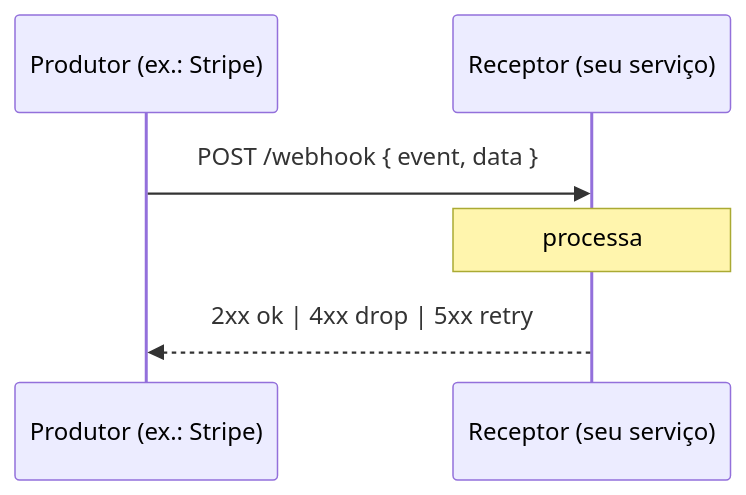
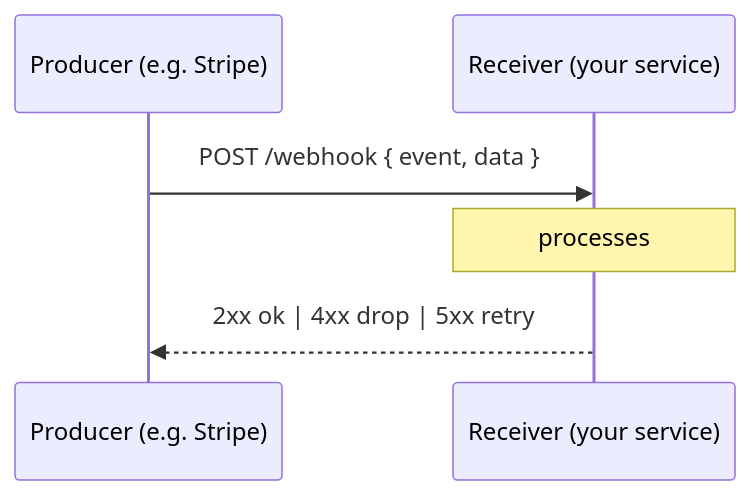
One commit to apolzek/tryharding-studies changed the diagram in content/036/README.md. Above: the diagram before and after it, drawn with Mermaid. The commit also changed other lines of this file and 47 other files, not shown here.

````diff
--- a/content/036/README.md
+++ b/content/036/README.md
@@ -53,8 +59,8 @@
   ```mermaid
   sequenceDiagram
-      participant P as Produtor (ex.: Stripe)
-      participant R as Receptor (seu serviço)
+      participant P as Producer (e.g. Stripe)
+      participant R as Receiver (your service)
       P->>R: POST /webhook { event, data }
-      Note over R: processa
+      Note over R: processes
       R-->>P: 2xx ok | 4xx drop | 5xx retry
   ```
````
